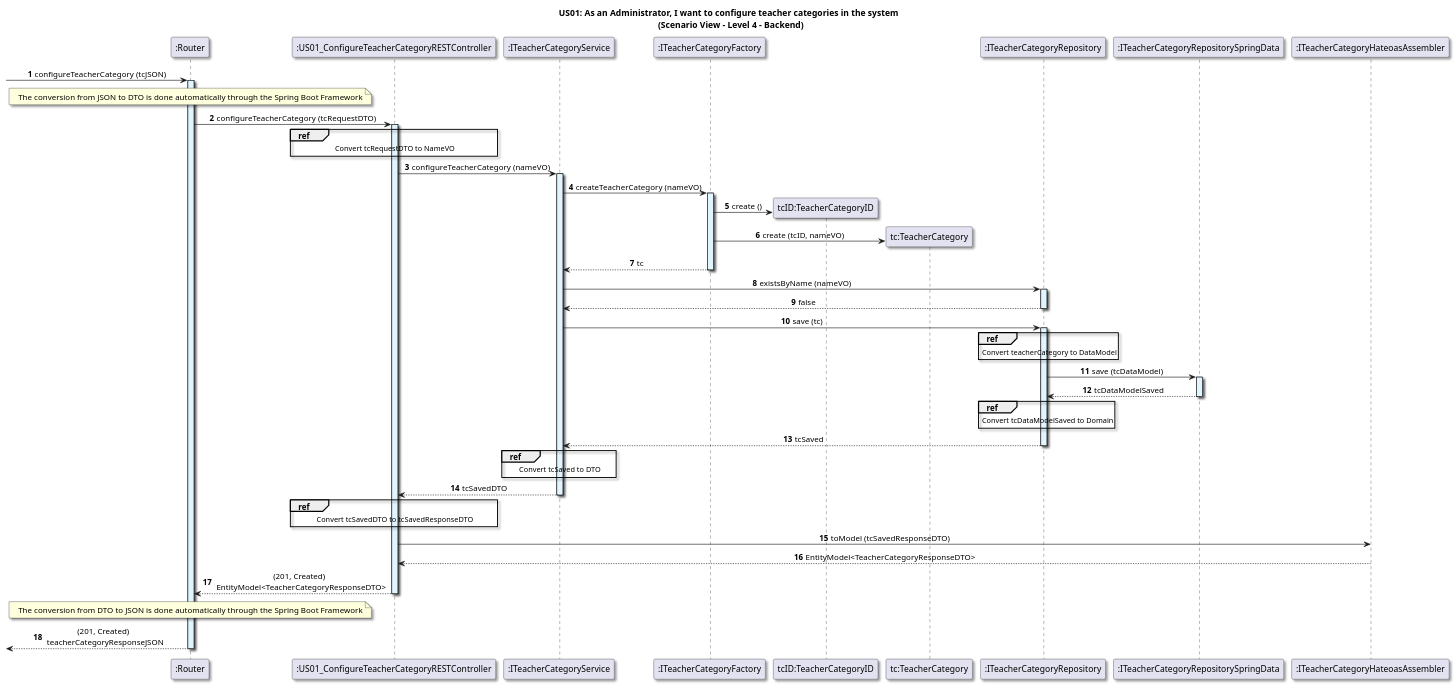
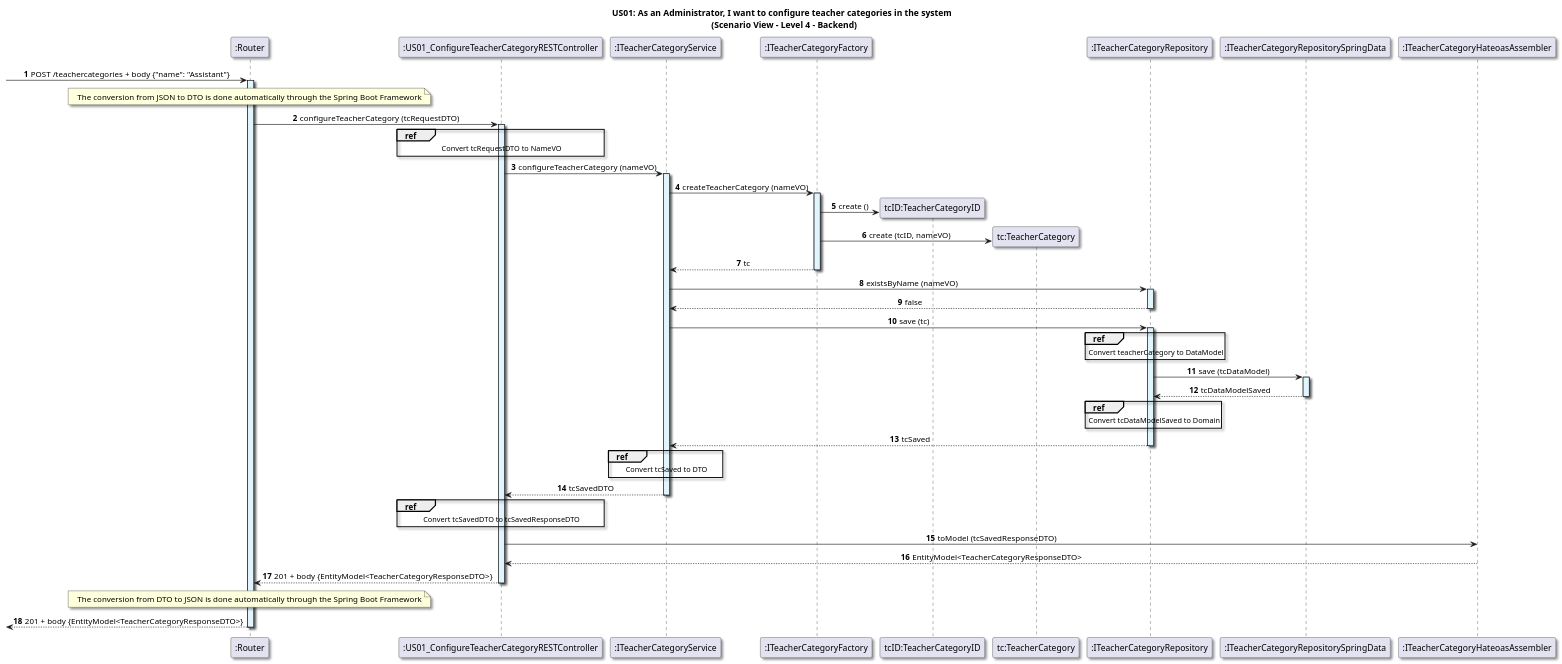
The diagram in docs/US01/Sprint6_RestAPI/ScenarioView/Level4.puml (GasparISEP/DevOps-PAI), drawn with PlantUML before and after one commit. The commit also changed 2 other files, not shown here.

Commit message:
refactor (diagrams): update L2 and L3 process view and L4 scenario view diagrams  - improved message descriptions with HTTP methods and status codes. Closes #649

```diff
--- a/docs/US01/Sprint6_RestAPI/ScenarioView/Level4.puml
+++ b/docs/US01/Sprint6_RestAPI/ScenarioView/Level4.puml
@@ -1,90 +1,90 @@
 @startuml
 
 title US01: As an Administrator, I want to configure teacher categories in the system \n (Scenario View - Level 4 - Backend)
 
 skinparam defaultTextAlignment center
 skinparam shadowing true
 
 autonumber
 
 participant ":Router" as router
--> router: configureTeacherCategory (tcJSON)
+-> router: POST /teachercategories + body {"name": "Assistant"}
 activate router #E1F5FE
 
 note over router: The conversion from JSON to DTO is done automatically through the Spring Boot Framework
 
 participant ":US01_ConfigureTeacherCategoryRESTController" as Controller
 router -> Controller: configureTeacherCategory (tcRequestDTO)
 activate Controller #E1F5FE
 
 ref over Controller
     Convert tcRequestDTO to NameVO
 end
 
 participant ":ITeacherCategoryService" as service
 Controller -> service: configureTeacherCategory (nameVO)
 activate service #E1F5FE
 
 participant ":ITeacherCategoryFactory" as Factory
 service -> Factory: createTeacherCategory (nameVO)
 activate Factory #E1F5FE
 
 create "tcID:TeacherCategoryID"
 Factory -> "tcID:TeacherCategoryID": create ()
 
 create "tc:TeacherCategory"
 Factory -> "tc:TeacherCategory": create (tcID, nameVO)
 
 Factory --> service: tc
 deactivate Factory
 
 participant ":ITeacherCategoryRepository" as Repository
 service -> Repository: existsByName (nameVO)
 activate Repository #E1F5FE
 Repository --> service: false
 deactivate Repository
 
 service -> Repository: save (tc)
 activate Repository #E1F5FE
 
 ref over Repository
     Convert teacherCategory to DataModel
 end
 
 participant ":ITeacherCategoryRepositorySpringData" as springDataRepository
 Repository -> springDataRepository: save (tcDataModel)
 activate springDataRepository #E1F5FE
 springDataRepository --> Repository : tcDataModelSaved
 deactivate springDataRepository
 
 ref over Repository
     Convert tcDataModelSaved to Domain
 end
 
 Repository --> service: tcSaved
 deactivate Repository
 
 ref over service
     Convert tcSaved to DTO
 end
 
 service --> Controller: tcSavedDTO
 deactivate service
 
 ref over Controller
     Convert tcSavedDTO to tcSavedResponseDTO
 end
 
 participant ":ITeacherCategoryHateoasAssembler" as hateoasAssembler
 Controller -> hateoasAssembler: toModel (tcSavedResponseDTO)
 hateoasAssembler --> Controller: EntityModel<TeacherCategoryResponseDTO>
 
-Controller --> router: (201, Created) \n EntityModel<TeacherCategoryResponseDTO>
+Controller --> router: 201 + body {EntityModel<TeacherCategoryResponseDTO>}
 deactivate Controller
 
 note over router: The conversion from DTO to JSON is done automatically through the Spring Boot Framework
 
-<-- router: (201, Created) \n teacherCategoryResponseJSON
+<-- router: 201 + body {EntityModel<TeacherCategoryResponseDTO>}
 deactivate router
 
 @enduml
```
